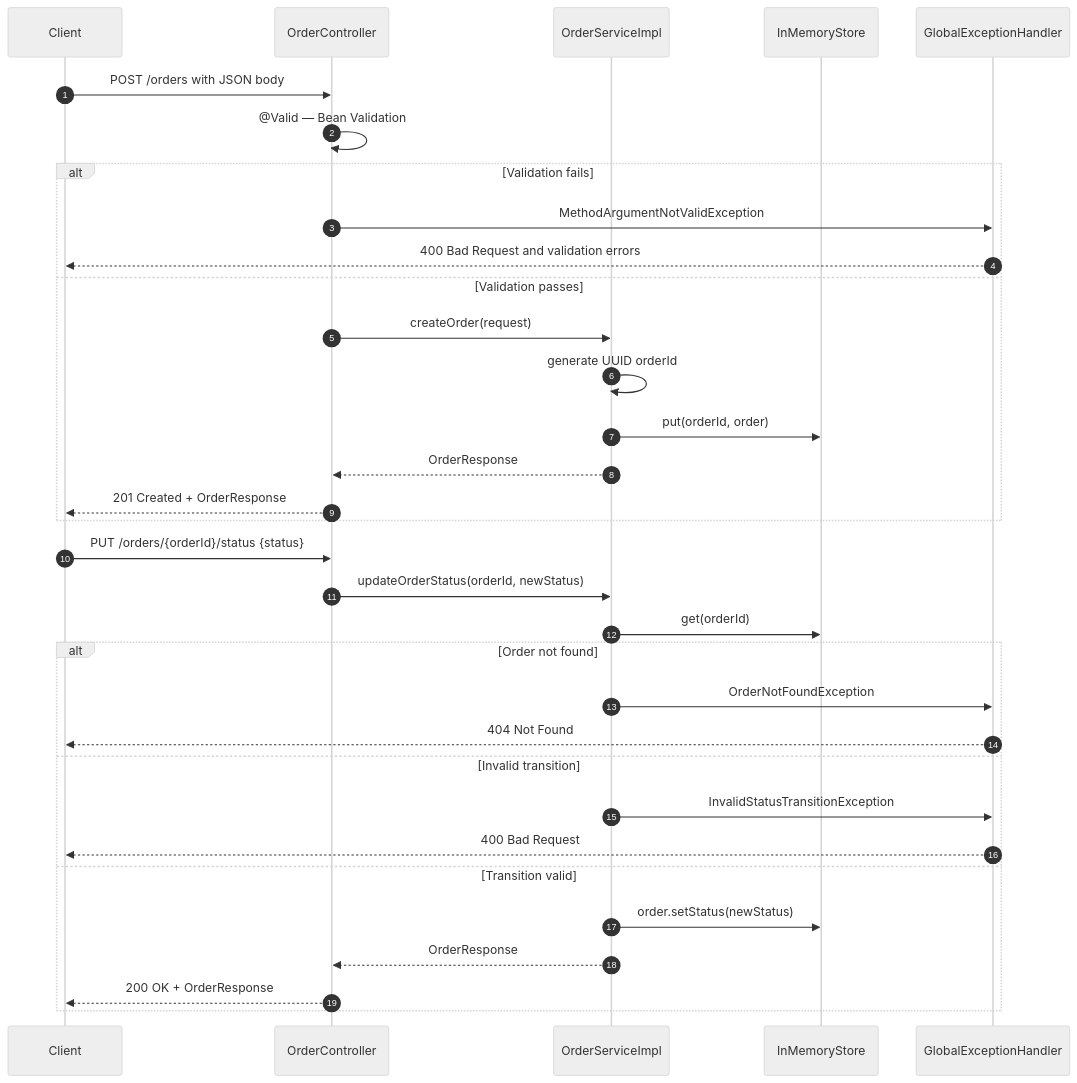
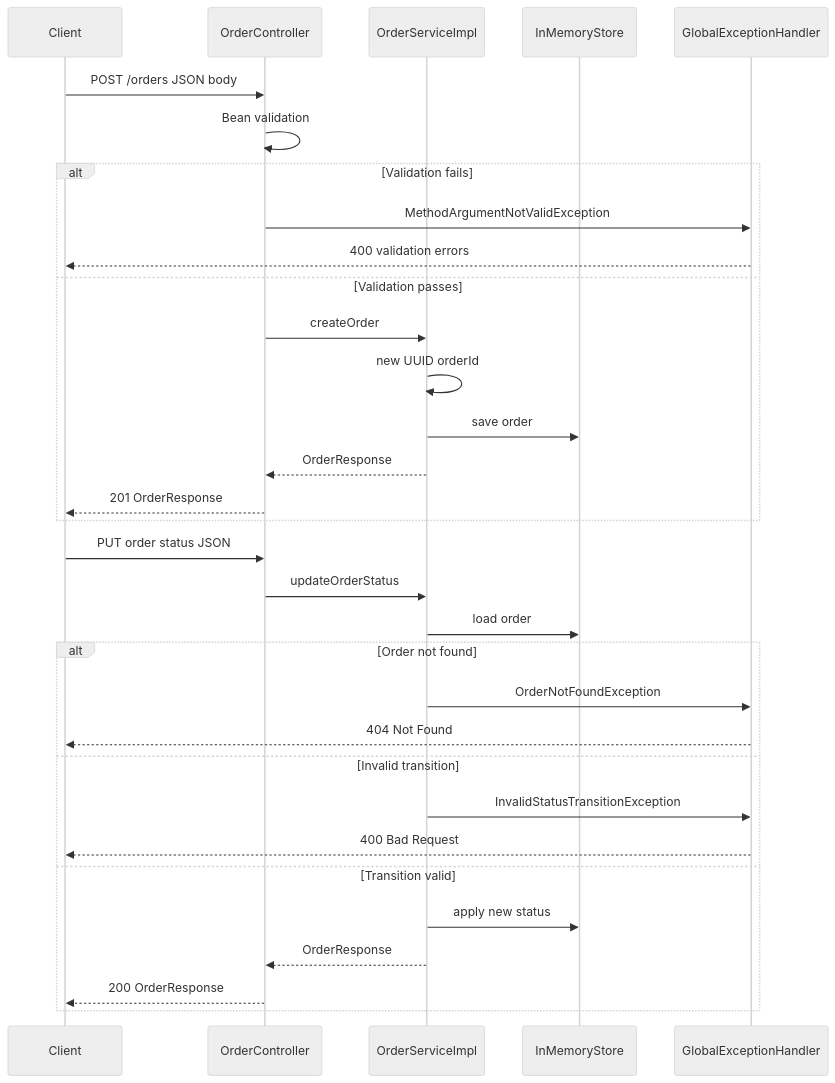
One commit to saifaofficial21/Reflection changed the second of 5 diagrams in Order_management_service/README.md. Above: the diagram before and after it, drawn with Mermaid (neutral theme). The commit also changed other lines of this file, not shown here.

Commit message:
docs: simplify Mermaid for GitHub (avoid braces, at-sign, autonumber)

````diff
--- a/Order_management_service/README.md
+++ b/Order_management_service/README.md
@@ -339,37 +339,36 @@
 ```mermaid
 sequenceDiagram
-    autonumber
     participant Client
     participant OrderController
     participant OrderServiceImpl
     participant InMemoryStore
     participant GlobalExceptionHandler
 
-    Client->>OrderController: POST /orders with JSON body
-    OrderController->>OrderController: @Valid — Bean Validation
+    Client->>OrderController: POST /orders JSON body
+    OrderController->>OrderController: Bean validation
     alt Validation fails
         OrderController->>GlobalExceptionHandler: MethodArgumentNotValidException
-        GlobalExceptionHandler-->>Client: 400 Bad Request and validation errors
+        GlobalExceptionHandler-->>Client: 400 validation errors
     else Validation passes
-        OrderController->>OrderServiceImpl: createOrder(request)
-        OrderServiceImpl->>OrderServiceImpl: generate UUID orderId
-        OrderServiceImpl->>InMemoryStore: put(orderId, order)
+        OrderController->>OrderServiceImpl: createOrder
+        OrderServiceImpl->>OrderServiceImpl: new UUID orderId
+        OrderServiceImpl->>InMemoryStore: save order
         OrderServiceImpl-->>OrderController: OrderResponse
-        OrderController-->>Client: 201 Created + OrderResponse
+        OrderController-->>Client: 201 OrderResponse
     end
 
-    Client->>OrderController: PUT /orders/{orderId}/status {status}
-    OrderController->>OrderServiceImpl: updateOrderStatus(orderId, newStatus)
-    OrderServiceImpl->>InMemoryStore: get(orderId)
+    Client->>OrderController: PUT order status JSON
+    OrderController->>OrderServiceImpl: updateOrderStatus
+    OrderServiceImpl->>InMemoryStore: load order
     alt Order not found
         OrderServiceImpl->>GlobalExceptionHandler: OrderNotFoundException
         GlobalExceptionHandler-->>Client: 404 Not Found
     else Invalid transition
         OrderServiceImpl->>GlobalExceptionHandler: InvalidStatusTransitionException
         GlobalExceptionHandler-->>Client: 400 Bad Request
     else Transition valid
-        OrderServiceImpl->>InMemoryStore: order.setStatus(newStatus)
+        OrderServiceImpl->>InMemoryStore: apply new status
         OrderServiceImpl-->>OrderController: OrderResponse
-        OrderController-->>Client: 200 OK + OrderResponse
+        OrderController-->>Client: 200 OrderResponse
     end
 ```
````
